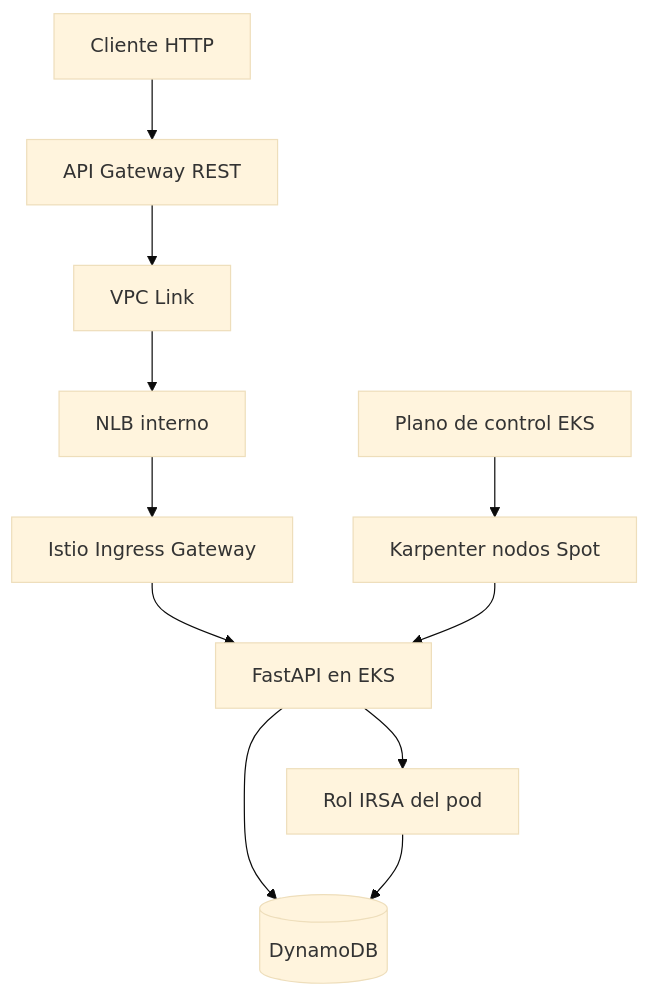
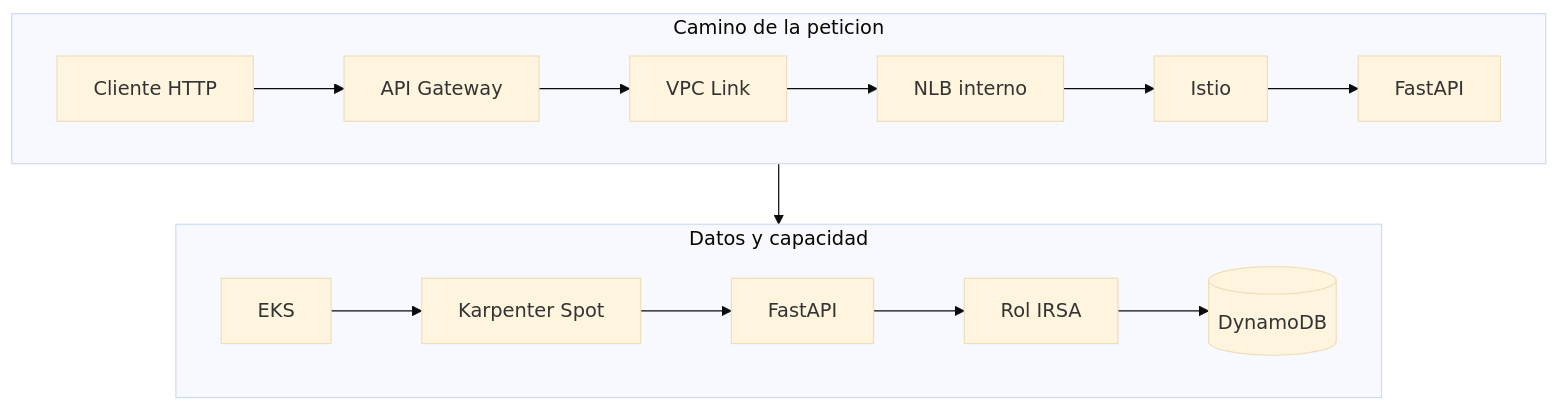
One commit to marlon-figueroa/iac_api_mercado changed the diagram in docs/diagramas/arquitectura-logica.mmd. Above: the diagram before and after it, drawn with Mermaid. The commit also changed 11 other files, not shown here.

Commit message:
Update mermaid configuration, enhance PDF header for better image handling, and refine documentation. Adjusted font size in mermaid config, improved LaTeX settings to prevent image overflow, and clarified diagram generation process in the documentation.

```diff
--- a/docs/diagramas/arquitectura-logica.mmd
+++ b/docs/diagramas/arquitectura-logica.mmd
@@ -1,19 +1,18 @@
 %%{init: {'theme': 'base', 'flowchart': {'useMaxWidth': false}}}%%
 flowchart TB
-  Cliente[Cliente HTTP]
-  APIGW[API Gateway REST]
-  VpcLink[VPC Link]
-  NLB[NLB interno]
-  Istio[Istio Ingress Gateway]
-  FastAPI[FastAPI en EKS]
-  DDB[(DynamoDB)]
-  IRSA[Rol IRSA del pod]
-  Karpenter[Karpenter nodos Spot]
-  EKS[Plano de control EKS]
-
-  Cliente --> APIGW --> VpcLink --> NLB --> Istio --> FastAPI
-  FastAPI --> DDB
-  FastAPI --> IRSA
-  IRSA --> DDB
-  EKS --> Karpenter
-  Karpenter --> FastAPI
+  subgraph peticion [Camino de la peticion]
+    direction LR
+    Cliente[Cliente HTTP] --> APIGW[API Gateway]
+    APIGW --> VpcLink[VPC Link]
+    VpcLink --> NLB[NLB interno]
+    NLB --> Istio[Istio]
+    Istio --> FastAPI[FastAPI]
+  end
+  subgraph apoyo [Datos y capacidad]
+    direction LR
+    FastAPI2[FastAPI] --> IRSA[Rol IRSA]
+    IRSA --> DDB[(DynamoDB)]
+    EKS[EKS] --> Karpenter[Karpenter Spot]
+    Karpenter --> FastAPI2
+  end
+  peticion --> apoyo
```
